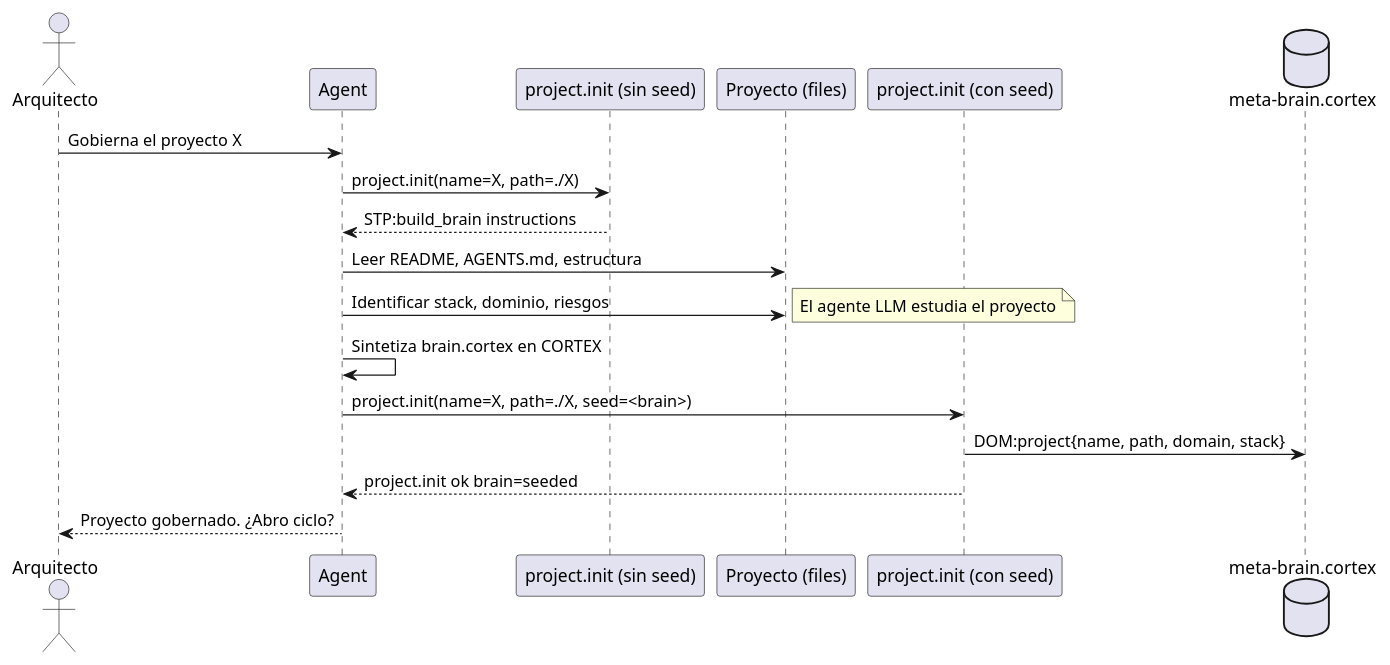
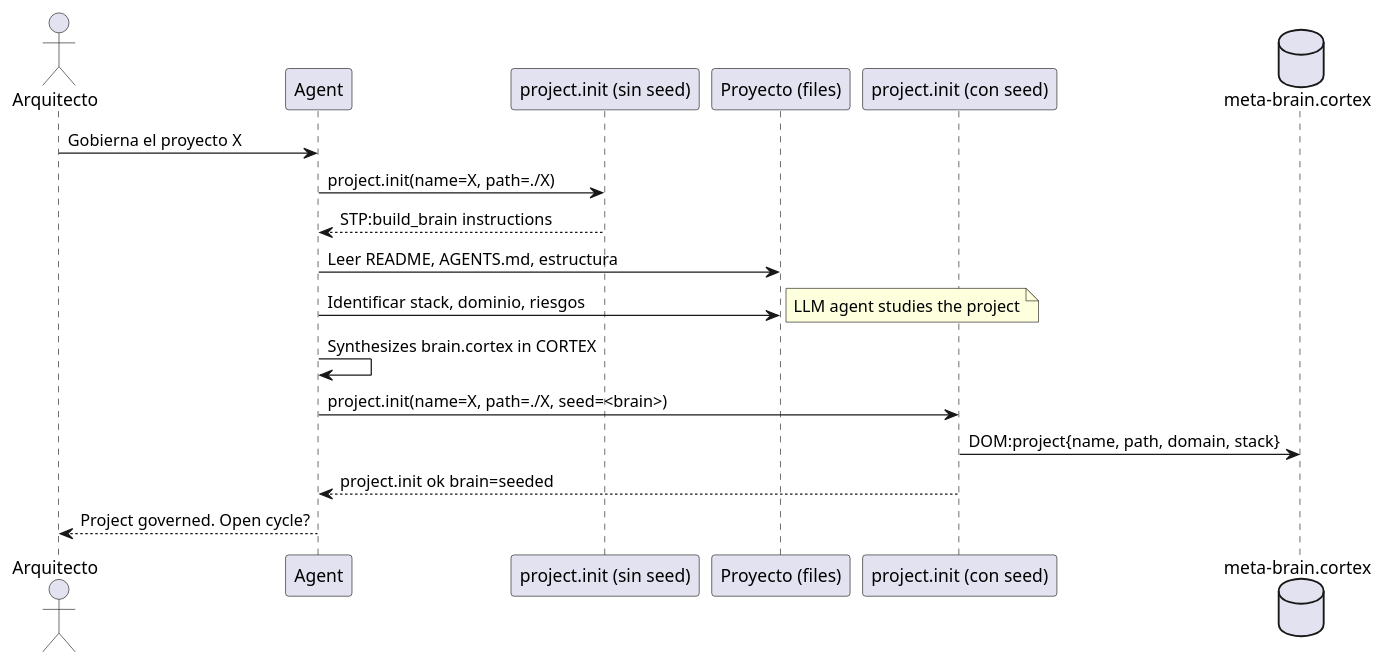
The second of 6 diagrams in src/arqux/skills/workflows.skill.md (FidelErnesto03/arqux), drawn with PlantUML before and after one commit. The commit also changed other lines of this file and 3 other files, not shown here.

```diff
--- a/src/arqux/skills/workflows.skill.md
+++ b/src/arqux/skills/workflows.skill.md
@@ -42,23 +42,23 @@
 @startuml
 actor "Arquitecto" as A
 participant Agent as G
 participant "project.init (sin seed)" as PI1
 participant "Proyecto (files)" as PRJ
 participant "project.init (con seed)" as PI2
 database "meta-brain.cortex" as MB
 
 A -> G: Gobierna el proyecto X
 G -> PI1: project.init(name=X, path=./X)
 PI1 --> G: STP:build_brain instructions
 
 G -> PRJ: Leer README, AGENTS.md, estructura
 G -> PRJ: Identificar stack, dominio, riesgos
-note right: El agente LLM estudia el proyecto
+note right: LLM agent studies the project
 
-G -> G: Sintetiza brain.cortex en CORTEX
+G -> G: Synthesizes brain.cortex in CORTEX
 G -> PI2: project.init(name=X, path=./X, seed=<brain>)
 PI2 -> MB: DOM:project{name, path, domain, stack}
 PI2 --> G: project.init ok brain=seeded
 
-G --> A: Proyecto gobernado. ¿Abro ciclo?
+G --> A: Project governed. Open cycle?
 @enduml
```
